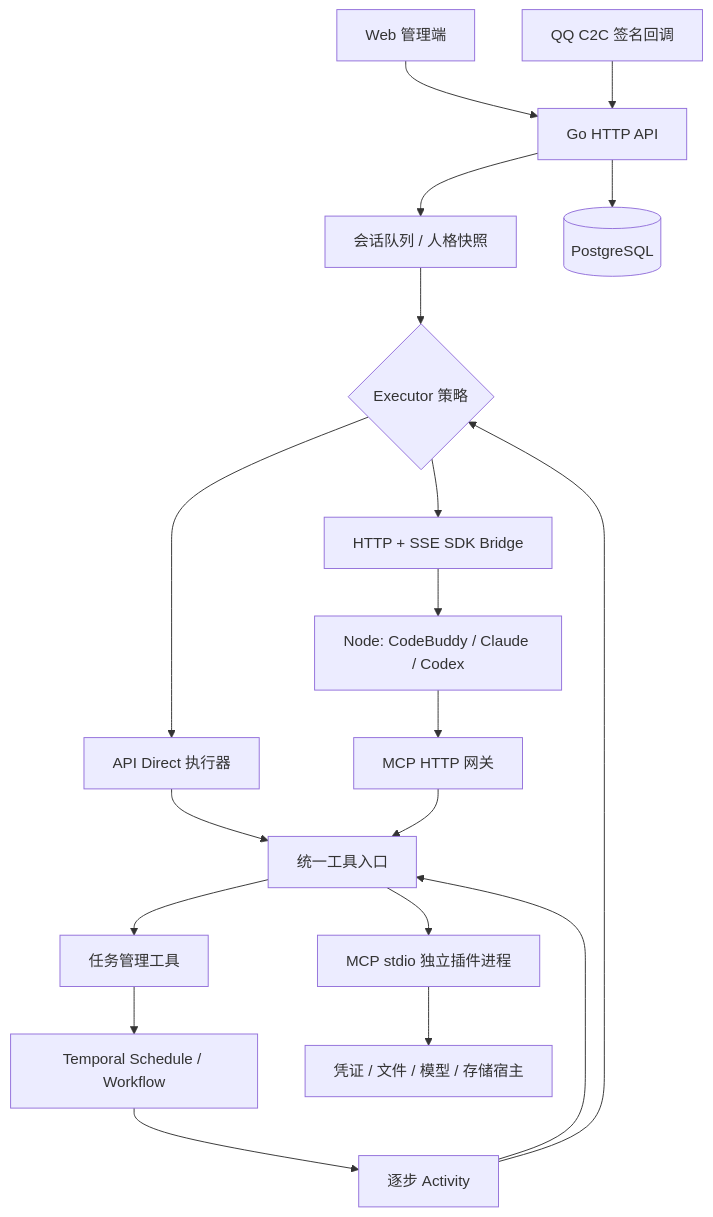
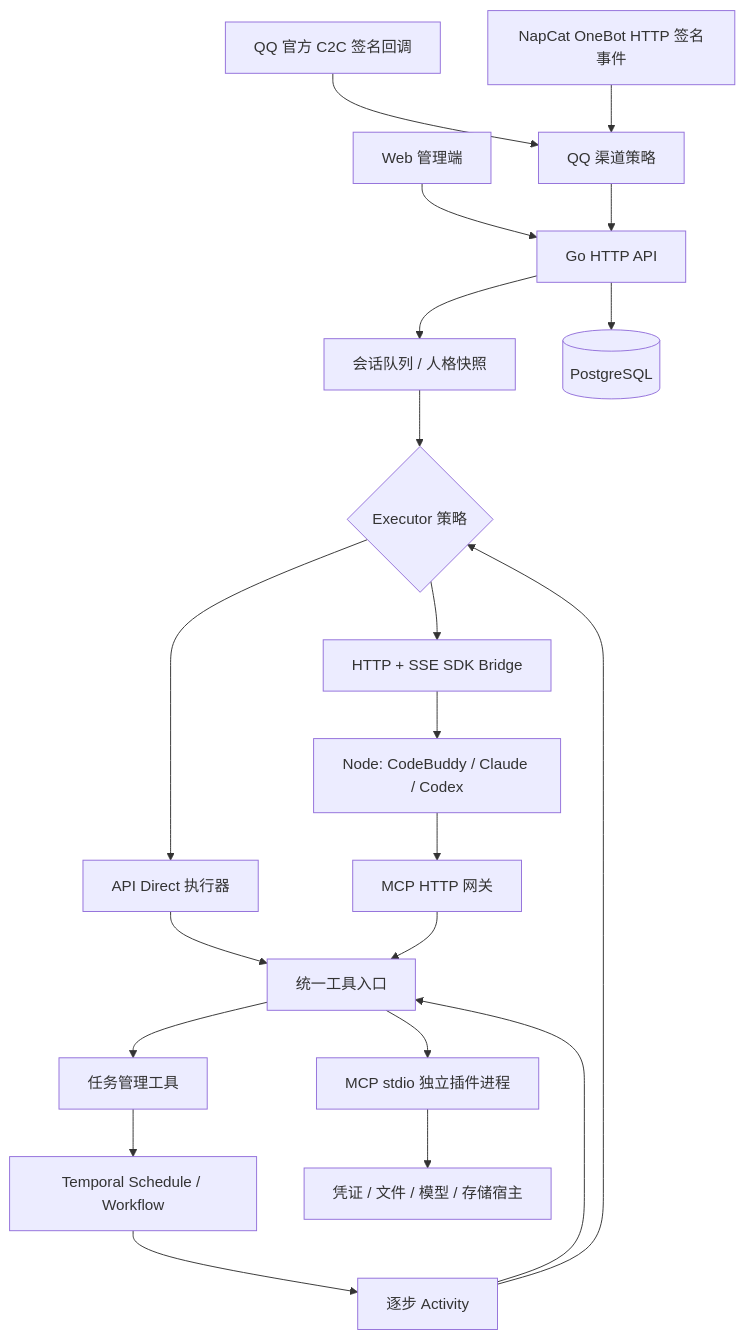
The diagram in docs/architecture.md (xingexin/catbot), drawn with Mermaid before and after one commit. The commit also changed other lines of this file and 48 other files, not shown here.

````diff
--- a/docs/architecture.md
+++ b/docs/architecture.md
@@ -3,21 +3,23 @@
 ```mermaid
 flowchart TD
   W[Web 管理端] --> H[Go HTTP API]
-  Q[QQ C2C 签名回调] --> H
+  Q[QQ 官方 C2C 签名回调] --> QT[QQ 渠道策略]
+  OB[NapCat OneBot HTTP 签名事件] --> QT
+  QT --> H
   H --> C[会话队列 / 人格快照]
   C --> S{Executor 策略}
   S --> D[API Direct 执行器]
   S --> B[HTTP + SSE SDK Bridge]
   B --> N[Node: CodeBuddy / Claude / Codex]
   D --> T[统一工具入口]
   N --> M[MCP HTTP 网关]
   M --> T
   T --> P[MCP stdio 独立插件进程]
   T --> J[任务管理工具]
   J --> E[Temporal Schedule / Workflow]
   E --> A[逐步 Activity]
   A --> T
   A --> S
   H --> PG[(PostgreSQL)]
   P --> HOST[凭证 / 文件 / 模型 / 存储宿主]
 ```
````
